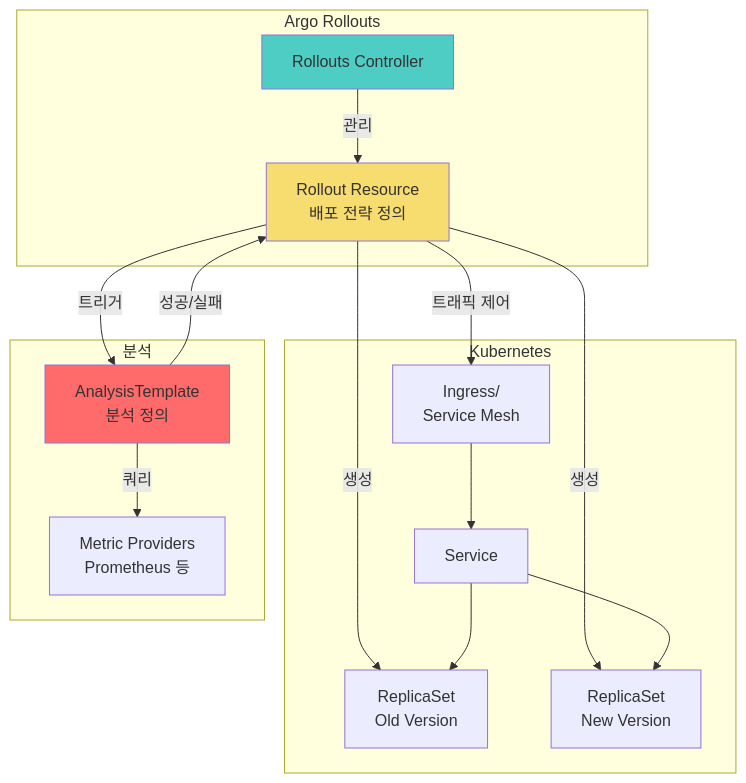
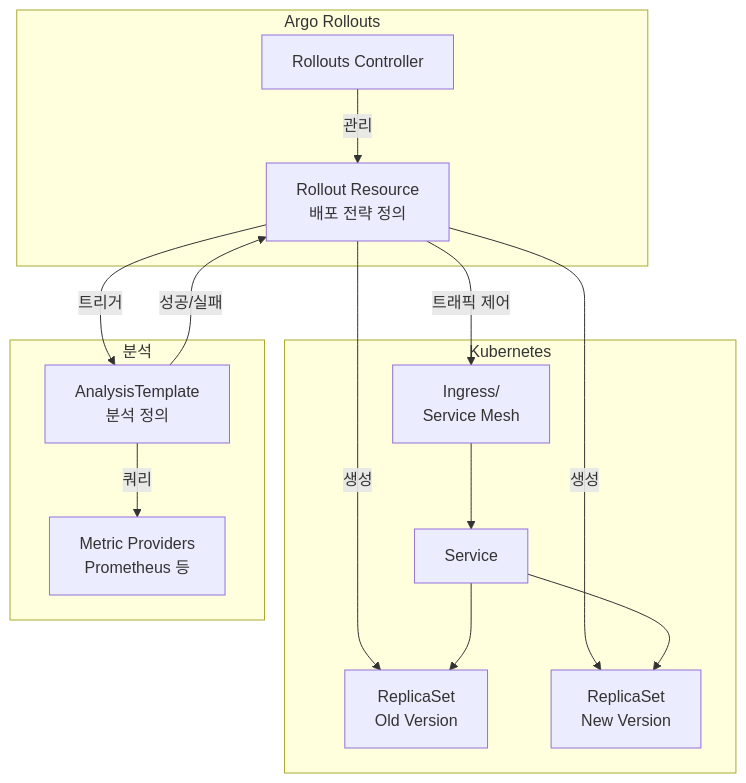
Before and after one commit to juwon8891/juwon8891.github.io: the ninth of 11 diagrams in docs/cicd/week3-jenkins-argocd.md, drawn with Mermaid. The commit also changed other lines of this file and 18 other files, not shown here.

Commit message:
Remove bright colors from Mermaid diagrams for dark mode compatibility

````diff
--- a/docs/cicd/week3-jenkins-argocd.md
+++ b/docs/cicd/week3-jenkins-argocd.md
@@ -1741,37 +1712,34 @@
 ```mermaid
 graph TB
     subgraph "Argo Rollouts"
         CTRL[Rollouts Controller]
         ROLLOUT[Rollout Resource<br/>배포 전략 정의]
 
         CTRL -->|관리| ROLLOUT
     end
 
     subgraph "Kubernetes"
         RS_OLD[ReplicaSet<br/>Old Version]
         RS_NEW[ReplicaSet<br/>New Version]
         SVC[Service]
         INGRESS[Ingress/<br/>Service Mesh]
     end
 
     subgraph "분석"
         ANALYSIS[AnalysisTemplate<br/>분석 정의]
         METRICS[Metric Providers<br/>Prometheus 등]
 
         ANALYSIS -->|쿼리| METRICS
     end
 
     ROLLOUT -->|생성| RS_OLD
     ROLLOUT -->|생성| RS_NEW
     ROLLOUT -->|트래픽 제어| INGRESS
     INGRESS --> SVC
     SVC --> RS_OLD
     SVC --> RS_NEW
 
     ROLLOUT -->|트리거| ANALYSIS
     ANALYSIS -->|성공/실패| ROLLOUT
 
-    style CTRL fill:#4ECDC4
-    style ROLLOUT fill:#F7DC6F
-    style ANALYSIS fill:#FF6B6B
 ```
````
